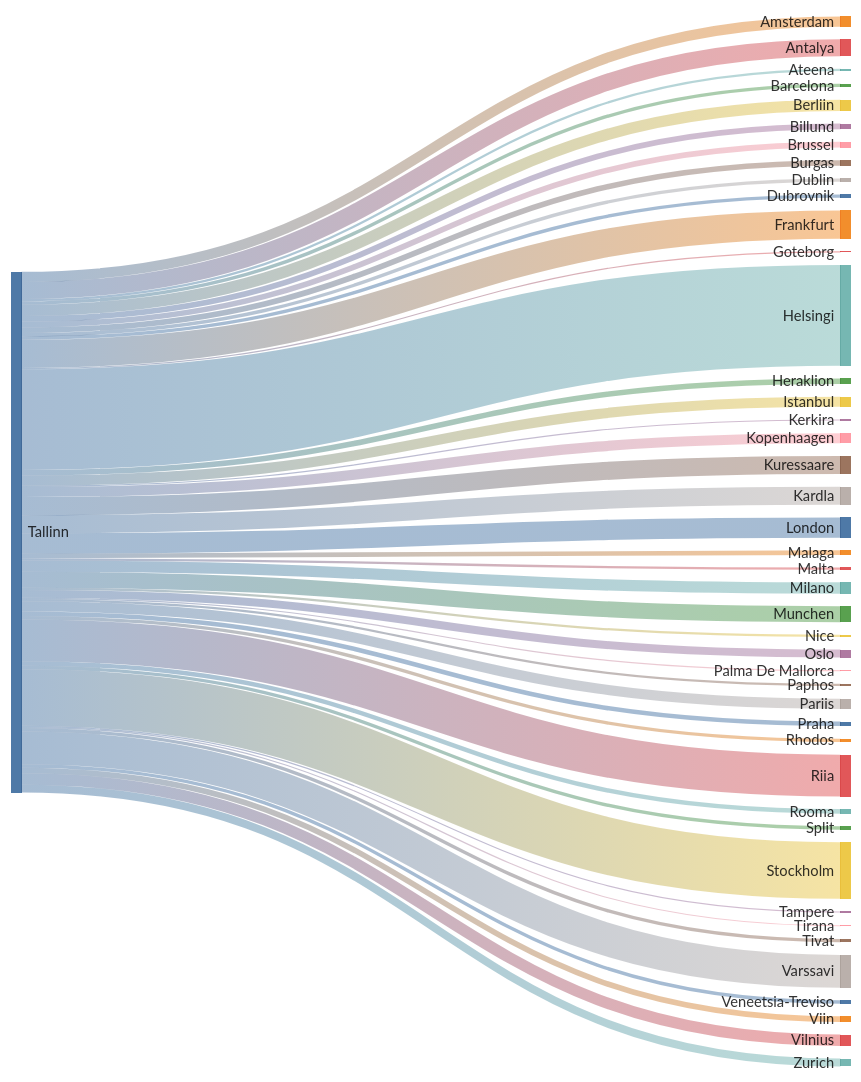
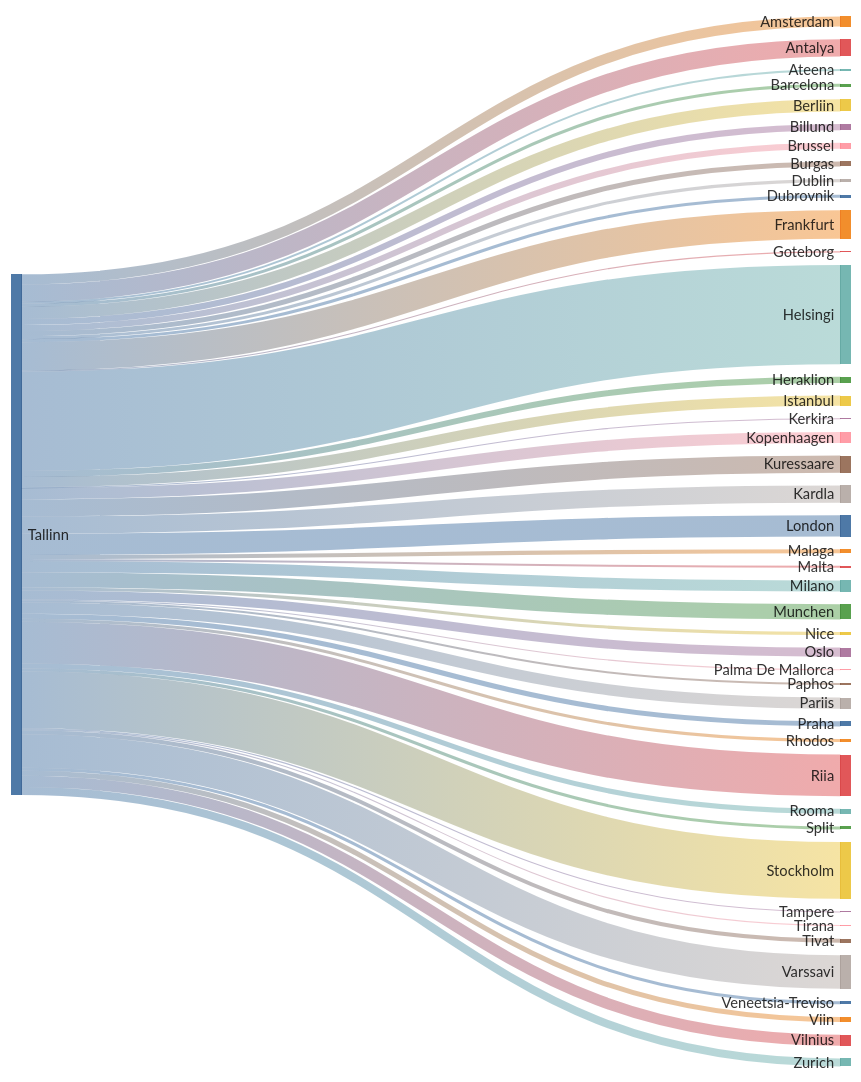
Before and after one commit to rainermesi/tll-airport-departures: the second of 2 diagrams in README.md, drawn with Mermaid. The commit also changed other lines of this file, not shown here.

````diff
--- a/README.md
+++ b/README.md
@@ -24,56 +24,56 @@
 ```mermaid
 ---
 config:
   sankey:
     showValues: false
     width: 800
     height: 1000
 ---
 sankey-beta
 %% source,target,value
-Tallinn,Amsterdam,9
-Tallinn,Antalya,15
+Tallinn,Amsterdam,10
+Tallinn,Antalya,17
 Tallinn,Ateena,2
 Tallinn,Barcelona,3
-Tallinn,Berliin,10
-Tallinn,Billund,5
-Tallinn,Brussel,5
+Tallinn,Berliin,12
+Tallinn,Billund,6
+Tallinn,Brussel,6
 Tallinn,Burgas,5
 Tallinn,Dublin,3
 Tallinn,Dubrovnik,3
-Tallinn,Frankfurt,25
+Tallinn,Frankfurt,28
 Tallinn,Goteborg,1
-Tallinn,Helsingi,89
-Tallinn,Heraklion,5
-Tallinn,Istanbul,9
+Tallinn,Helsingi,98
+Tallinn,Heraklion,6
+Tallinn,Istanbul,10
 Tallinn,Kerkira,1
-Tallinn,Kopenhaagen,9
-Tallinn,Kuressaare,16
-Tallinn,Kardla,16
-Tallinn,London,18
+Tallinn,Kopenhaagen,11
+Tallinn,Kuressaare,17
+Tallinn,Kardla,17
+Tallinn,London,21
 Tallinn,Malaga,4
 Tallinn,Malta,2
-Tallinn,Milano,10
-Tallinn,Munchen,14
-Tallinn,Nice,2
-Tallinn,Oslo,7
+Tallinn,Milano,11
+Tallinn,Munchen,15
+Tallinn,Nice,3
+Tallinn,Oslo,9
 Tallinn,Palma De Mallorca,1
 Tallinn,Paphos,2
-Tallinn,Pariis,9
-Tallinn,Praha,4
+Tallinn,Pariis,11
+Tallinn,Praha,5
 Tallinn,Rhodos,3
-Tallinn,Riia,37
-Tallinn,Rooma,4
+Tallinn,Riia,41
+Tallinn,Rooma,5
 Tallinn,Split,3
-Tallinn,Stockholm,50
+Tallinn,Stockholm,56
 Tallinn,Tampere,1
 Tallinn,Tirana,1
-Tallinn,Tivat,3
-Tallinn,Varssavi,29
+Tallinn,Tivat,4
+Tallinn,Varssavi,33
 Tallinn,Veneetsia-Treviso,3
 Tallinn,Viin,5
-Tallinn,Vilnius,10
-Tallinn,Zurich,7
+Tallinn,Vilnius,11
+Tallinn,Zurich,8
 
 
 ```
````
